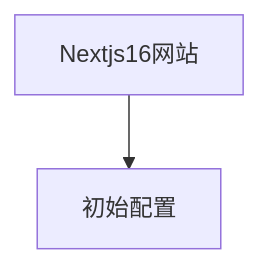
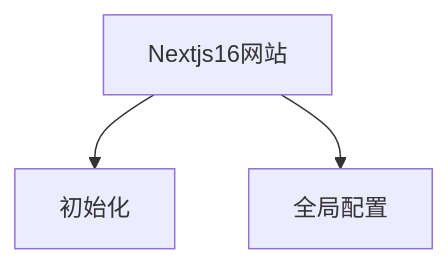
One commit to wealipay/blog changed the diagram in source/_posts/Nextjs教程/流程图.md. Above: the diagram before and after it, drawn with Mermaid. The commit also changed 3 other files, not shown here.

```diff
--- a/source/_posts/Nextjs教程/流程图.md
+++ b/source/_posts/Nextjs教程/流程图.md
@@ -10,5 +10,7 @@
 {% mermaid :%}
 graph TD;
-Nextjs16网站-->初始配置;
-click 初始配置 "/posts/install.html";
+Nextjs16网站-->初始化;
+click 初始化 "/posts/install.html";
+Nextjs16网站-->全局配置;
+click 全局配置 "/posts/globall.html";
 {% endmermaid %}
```
